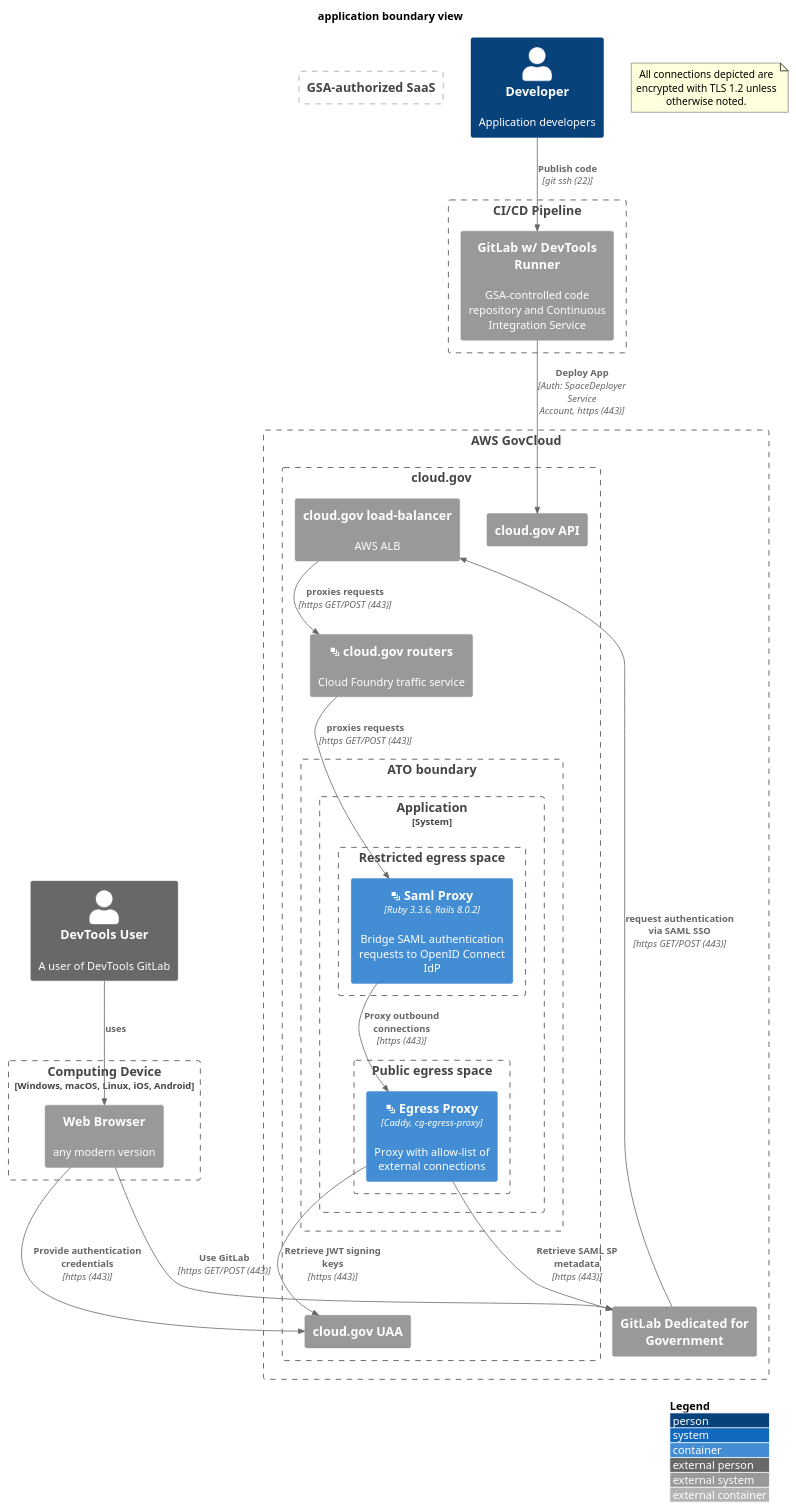
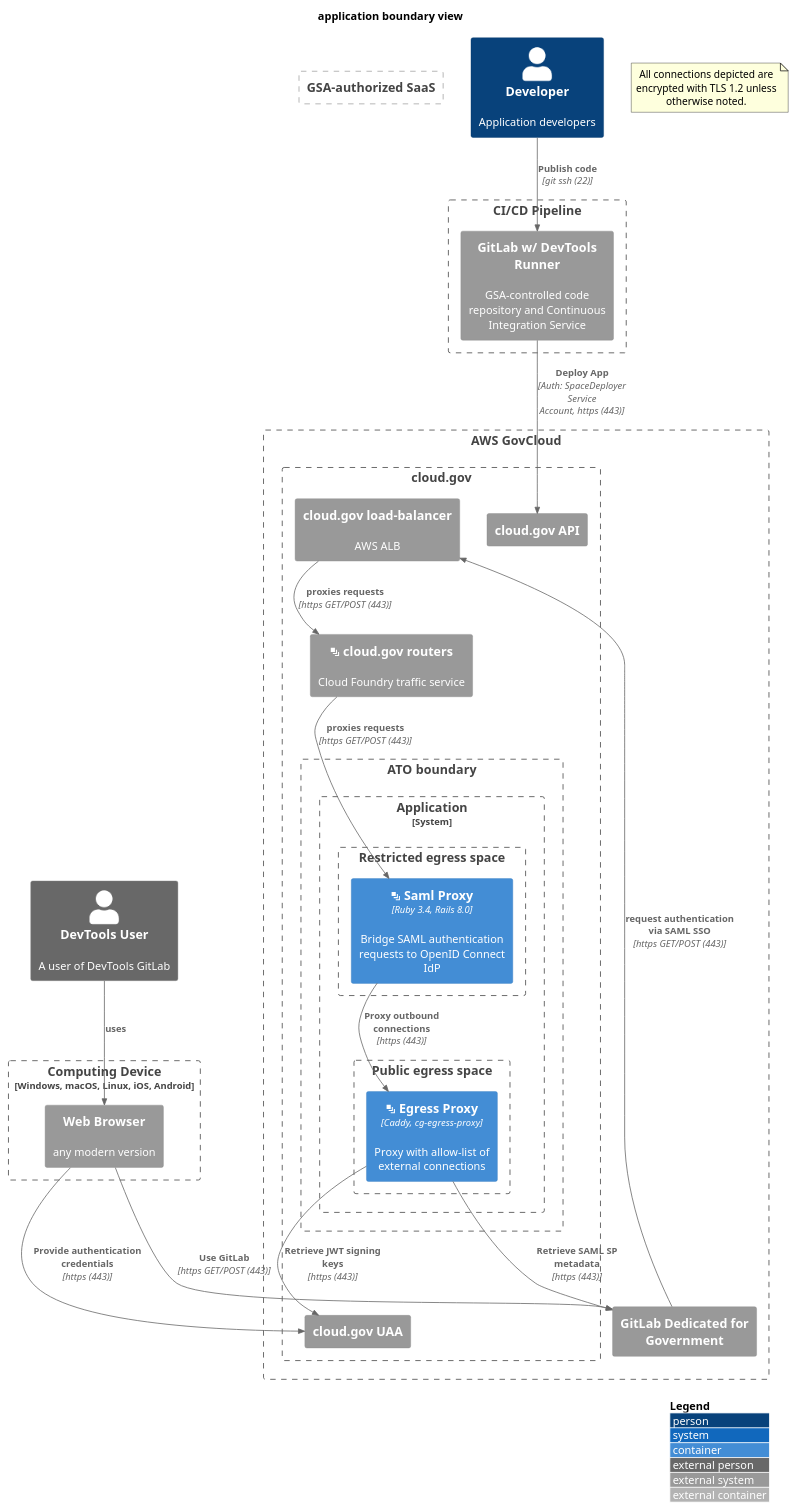
One commit to rahearn/saml-proxy changed the diagram in doc/compliance/apps/application.boundary.md. Above: the diagram before and after it, drawn with PlantUML. The commit also changed 10 other files, not shown here.

````diff
--- a/doc/compliance/apps/application.boundary.md
+++ b/doc/compliance/apps/application.boundary.md
@@ -5,58 +5,58 @@
 ```plantuml
 @startuml
 !include https://raw.githubusercontent.com/plantuml-stdlib/C4-PlantUML/master/C4_Container.puml
 ' uncomment the following line and comment the first to use locally
 ' !include C4_Container.puml
 LAYOUT_WITH_LEGEND()
 title application boundary view
 
 Person_Ext(public, "DevTools User", "A user of DevTools GitLab")
 Person(developer, "Developer", "Application developers")
 
 Boundary(device, "Computing Device", "Windows, macOS, Linux, iOS, Android"){
     System_Ext(browser, "Web Browser", "any modern version")
 }
 Rel(public, browser, "uses", "")
 
 note as EncryptionNote
 All connections depicted are encrypted with TLS 1.2 unless otherwise noted.
 end note
 Boundary(aws, "AWS GovCloud") {
     System_Ext(gdg, "GitLab Dedicated for Government")
     Boundary(cloudgov, "cloud.gov") {
         System_Ext(cg_api, "cloud.gov API")
         System_Ext(cg_uaa, "cloud.gov UAA")
         System_Ext(aws_alb, "cloud.gov load-balancer", "AWS ALB")
         System_Ext(cloudgov_router, "<&layers> cloud.gov routers", "Cloud Foundry traffic service")
         Boundary(atob, "ATO boundary") {
             System_Boundary(inventory, "Application") {
                 Boundary(restricted_space, "Restricted egress space") {
-                    Container(app, "<&layers> Saml Proxy", "Ruby 3.3.6, Rails 8.0.2", "Bridge SAML authentication requests to OpenID Connect IdP")
+                    Container(app, "<&layers> Saml Proxy", "Ruby 3.4, Rails 8.0", "Bridge SAML authentication requests to OpenID Connect IdP")
                 }
                 Boundary(egress_space, "Public egress space") {
                     Container(proxy, "<&layers> Egress Proxy", "Caddy, cg-egress-proxy", "Proxy with allow-list of external connections")
                 }
             }
         }
     }
 }
 
 Boundary(gsa_saas, "GSA-authorized SaaS") {
 }
 
 Boundary(cicd, "CI/CD Pipeline") {
     System_Ext(gitlabci, "GitLab w/ DevTools Runner", "GSA-controlled code repository and Continuous Integration Service")
 }
 
 Rel(browser, gdg, "Use GitLab", "https GET/POST (443)")
 Rel(gdg, aws_alb, "request authentication via SAML SSO", "https GET/POST (443)")
 Rel(aws_alb, cloudgov_router, "proxies requests", "https GET/POST (443)")
 Rel(cloudgov_router, app, "proxies requests", "https GET/POST (443)")
 Rel(developer, gitlabci, "Publish code", "git ssh (22)")
 Rel(gitlabci, cg_api, "Deploy App", "Auth: SpaceDeployer Service Account, https (443)")
 Rel(app, proxy, "Proxy outbound connections", "https (443)")
 Rel(proxy, cg_uaa, "Retrieve JWT signing keys", "https (443)")
 Rel(proxy, gdg, "Retrieve SAML SP metadata", "https (443)")
 Rel(browser, cg_uaa, "Provide authentication credentials", "https (443)")
 @enduml
 ```
````
